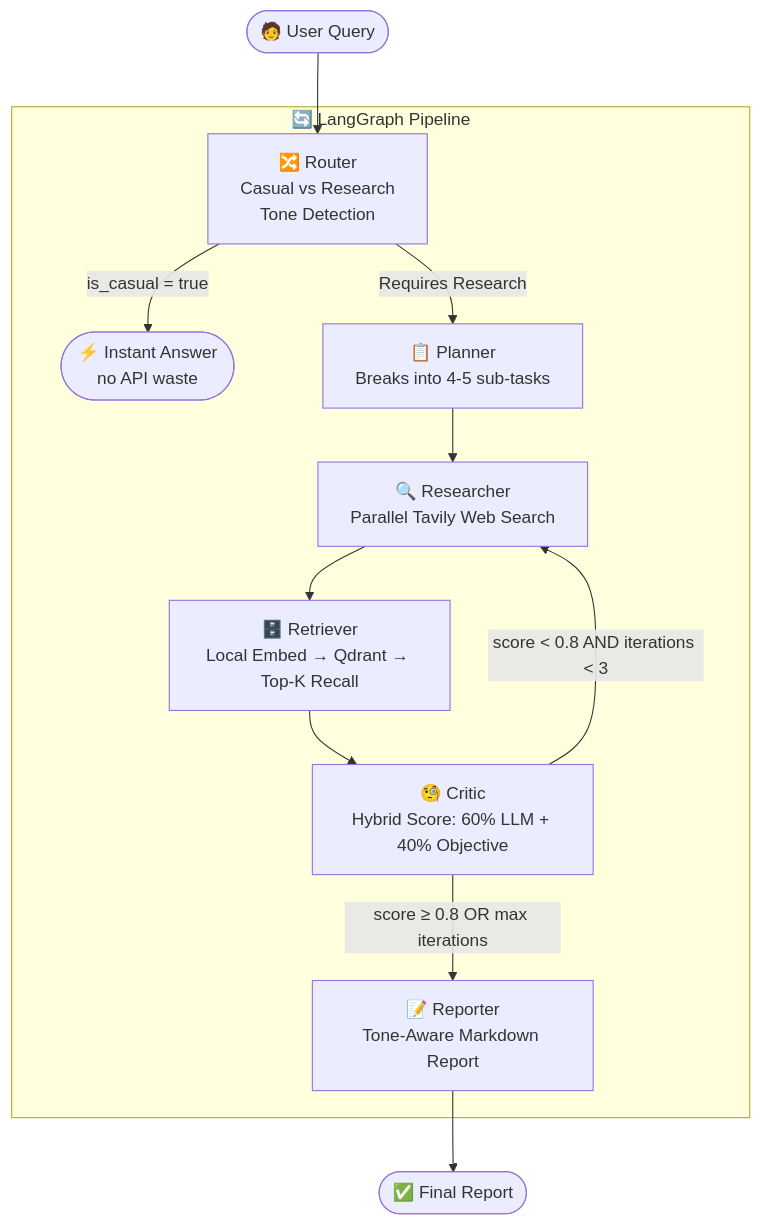
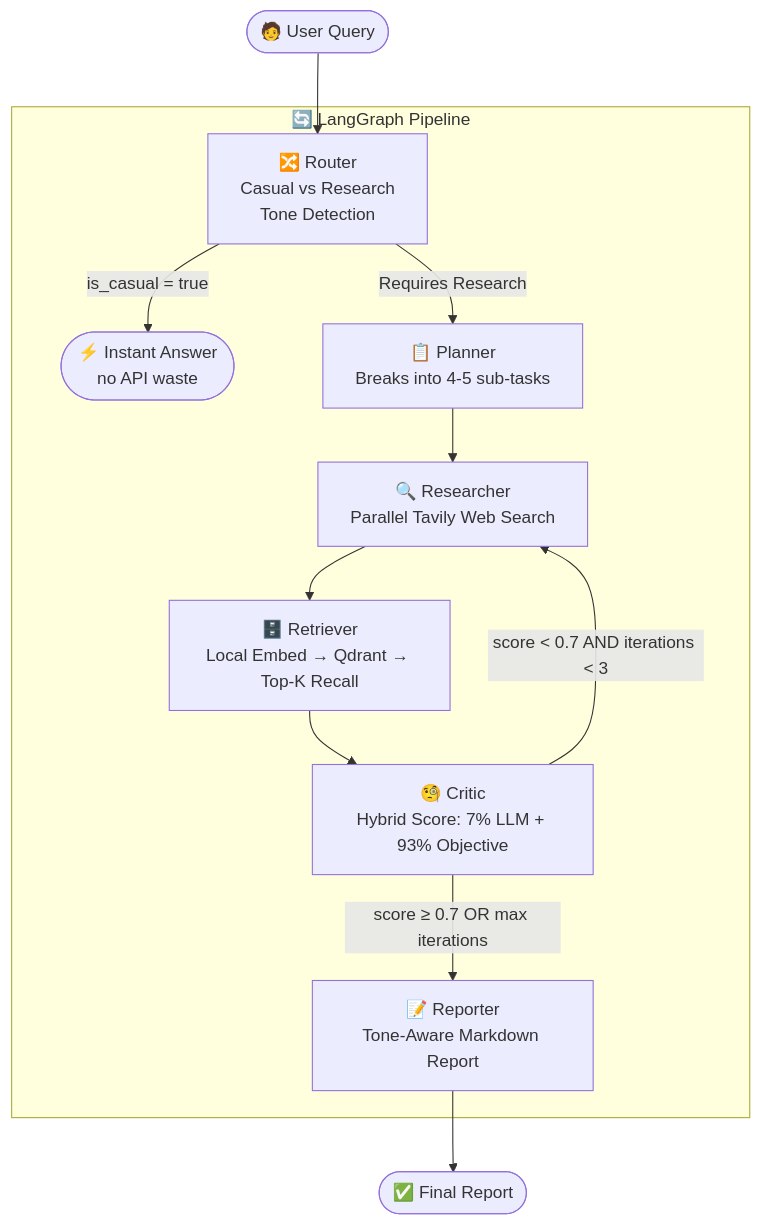
Before and after one commit to HariChandran7177-git/multi-agent-research-assistant: the diagram in README.md, drawn with Mermaid. The commit also changed other lines of this file and 4 other files, not shown here.

````diff
--- a/README.md
+++ b/README.md
@@ -119,17 +115,17 @@
 ```mermaid
 flowchart TD
     A([🧑 User Query]) --> B
 
     subgraph Pipeline ["🔄 LangGraph Pipeline"]
         B[🔀 Router\nCasual vs Research\nTone Detection]
         B -- is_casual = true --> Z1([⚡ Instant Answer\nno API waste])
         B -- Requires Research --> C[📋 Planner\nBreaks into 4-5 sub-tasks]
         C --> D[🔍 Researcher\nParallel Tavily Web Search]
         D --> E[🗄️ Retriever\nLocal Embed → Qdrant → Top-K Recall]
-        E --> F[🧐 Critic\nHybrid Score: 60% LLM + 40% Objective]
-        F -- score < 0.8 AND iterations < 3 --> D
-        F -- score ≥ 0.8 OR max iterations --> G[📝 Reporter\nTone-Aware Markdown Report]
+        E --> F[🧐 Critic\nHybrid Score: 7% LLM + 93% Objective]
+        F -- score < 0.7 AND iterations < 3 --> D
+        F -- score ≥ 0.7 OR max iterations --> G[📝 Reporter\nTone-Aware Markdown Report]
     end
 
     G --> Z2([✅ Final Report])
 ```
````
